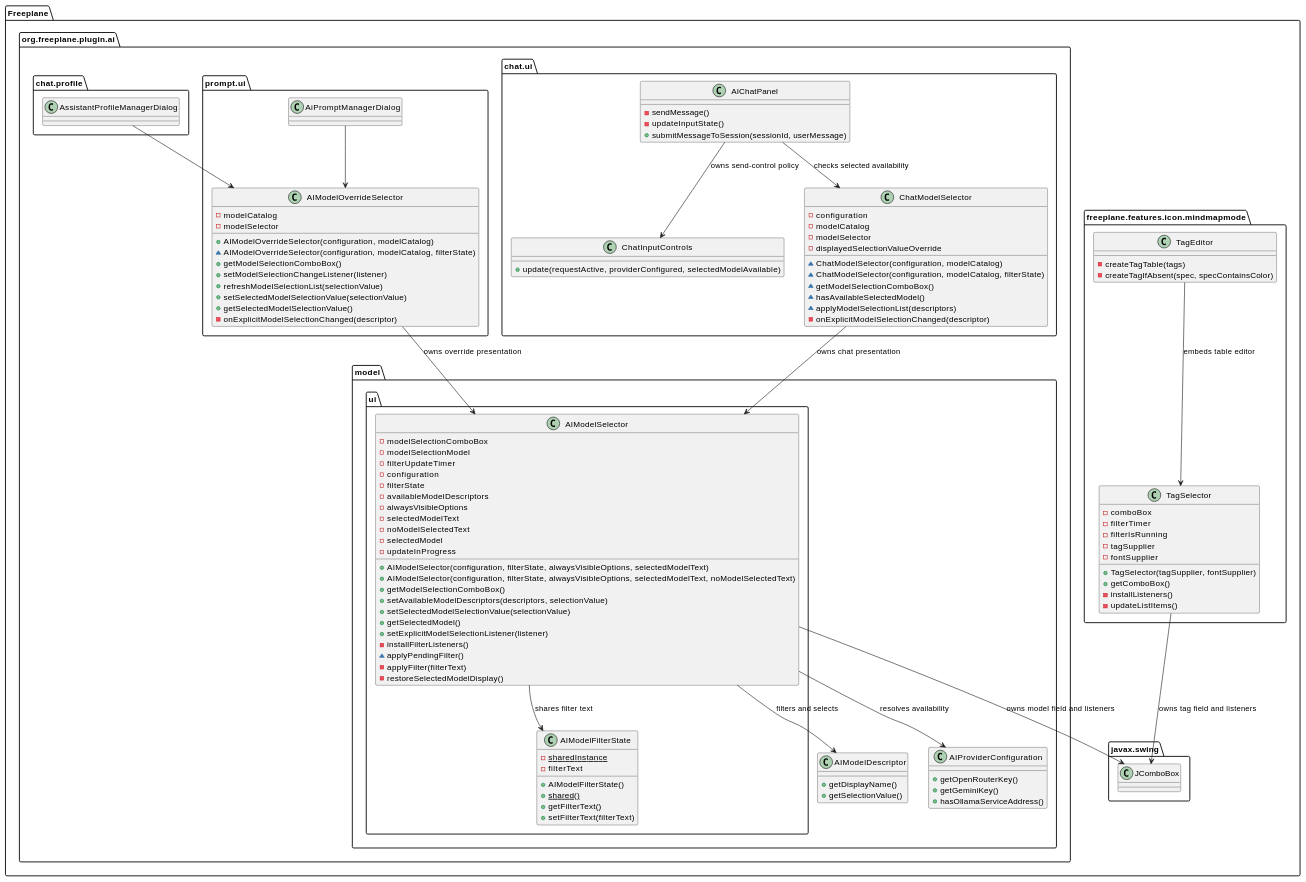
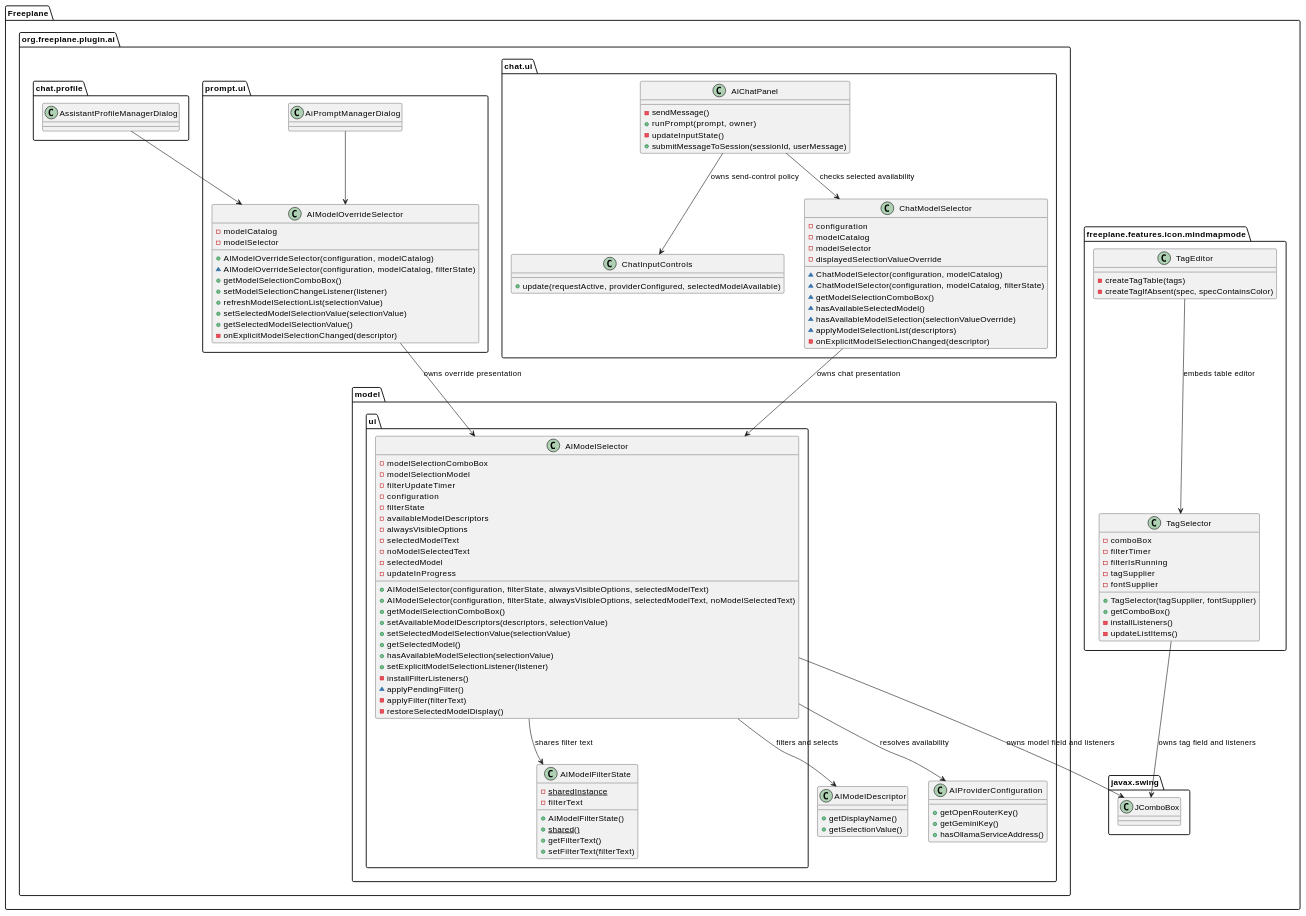
Before and after one commit to hyperdreamer/freeplane: the fourth of 5 diagrams in ai-specs/tasks/in-progress/improve-ai-model-discovery-and-filtering.md, drawn with PlantUML. The commit also changed other lines of this file and 10 other files, not shown here.

Commit message:
[2026-07-11-model-filter] Report unavailable prompt models

```diff
--- a/ai-specs/tasks/in-progress/improve-ai-model-discovery-and-filtering.md
+++ b/ai-specs/tasks/in-progress/improve-ai-model-discovery-and-filtering.md
@@ -248,6 +253,7 @@
             + setAvailableModelDescriptors(descriptors, selectionValue)
             + setSelectedModelSelectionValue(selectionValue)
             + getSelectedModel()
+            + hasAvailableModelSelection(selectionValue)
             + setExplicitModelSelectionListener(listener)
             - installFilterListeners()
             ~ applyPendingFilter()
@@ -259,6 +265,7 @@
       package "chat.ui" {
         class AIChatPanel {
           - sendMessage()
+          + runPrompt(prompt, owner)
           - updateInputState()
           + submitMessageToSession(sessionId, userMessage)
         }
@@ -274,6 +281,7 @@
           ~ ChatModelSelector(configuration, modelCatalog, filterState)
           ~ getModelSelectionComboBox()
           ~ hasAvailableSelectedModel()
+          ~ hasAvailableModelSelection(selectionValueOverride)
           ~ applyModelSelectionList(descriptors)
           - onExplicitModelSelectionChanged(descriptor)
         }
```
